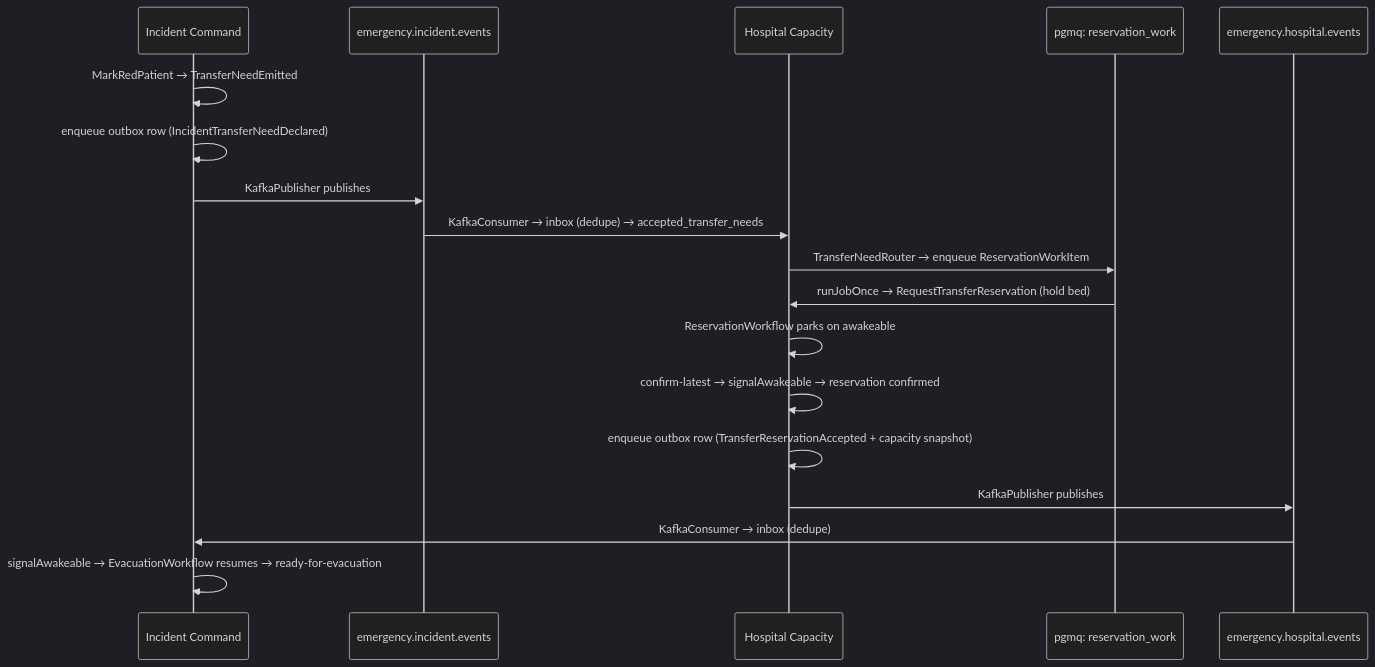
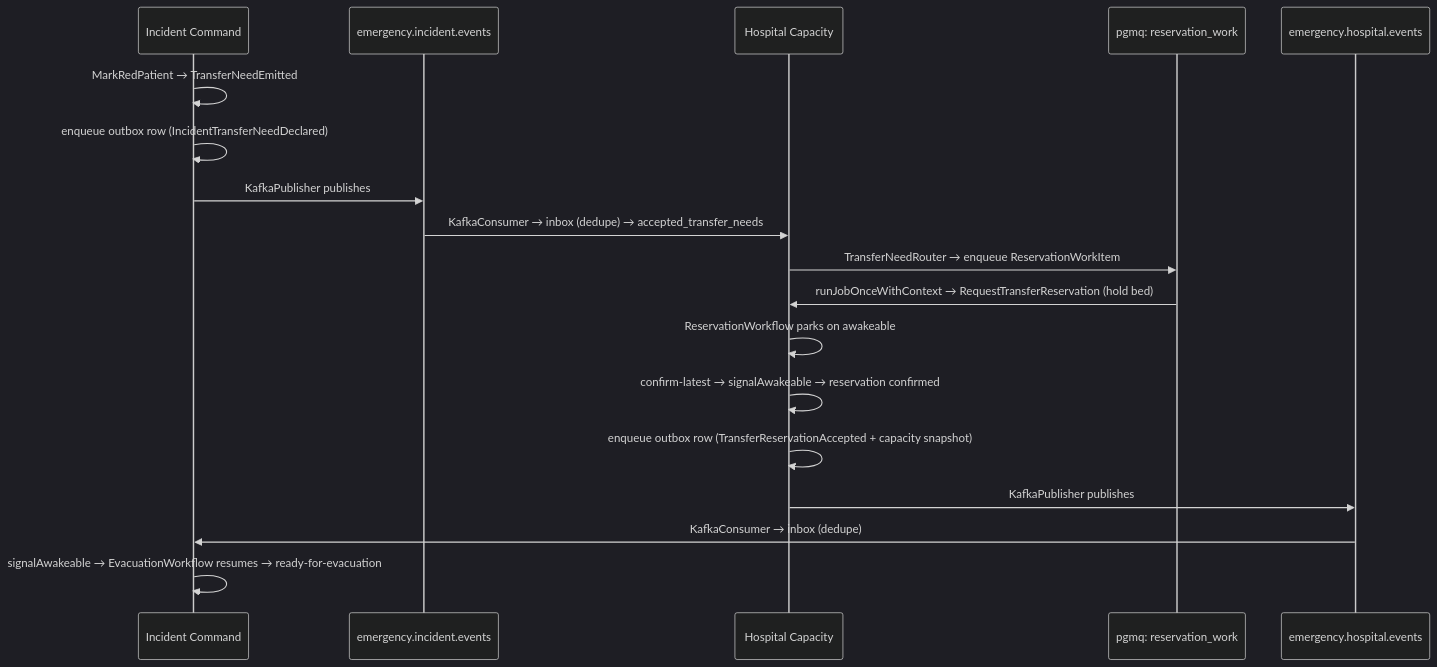
The diagram in content/docs/example-app/cross-service/00-the-message-flow.mdx (shinzui/keiro-runtime-docs), drawn with Mermaid (dark theme) before and after one commit. The commit also changed other lines of this file and 80 other files, not shown here.

````diff
--- a/content/docs/example-app/cross-service/00-the-message-flow.mdx
+++ b/content/docs/example-app/cross-service/00-the-message-flow.mdx
@@ -13,21 +14,21 @@
 ```mermaid
 sequenceDiagram
     participant IC as Incident Command
     participant KI as emergency.incident.events
     participant HC as Hospital Capacity
     participant PQ as pgmq: reservation_work
     participant KH as emergency.hospital.events
 
     IC->>IC: MarkRedPatient → TransferNeedEmitted
     IC->>IC: enqueue outbox row (IncidentTransferNeedDeclared)
     IC->>KI: KafkaPublisher publishes
     KI->>HC: KafkaConsumer → inbox (dedupe) → accepted_transfer_needs
     HC->>PQ: TransferNeedRouter → enqueue ReservationWorkItem
-    PQ->>HC: runJobOnce → RequestTransferReservation (hold bed)
+    PQ->>HC: runJobOnceWithContext → RequestTransferReservation (hold bed)
     HC->>HC: ReservationWorkflow parks on awakeable
     HC->>HC: confirm-latest → signalAwakeable → reservation confirmed
     HC->>HC: enqueue outbox row (TransferReservationAccepted + capacity snapshot)
     HC->>KH: KafkaPublisher publishes
     KH->>IC: KafkaConsumer → inbox (dedupe)
     IC->>IC: signalAwakeable → EvacuationWorkflow resumes → ready-for-evacuation
 ```
````
